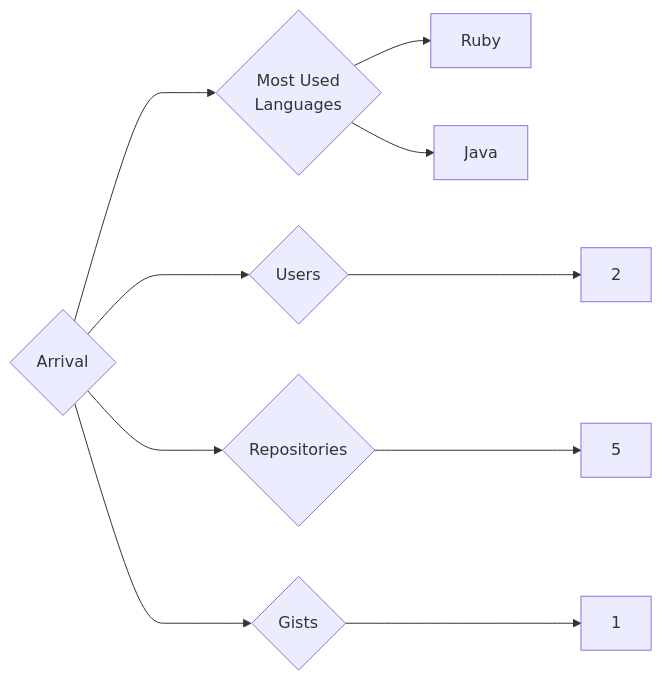
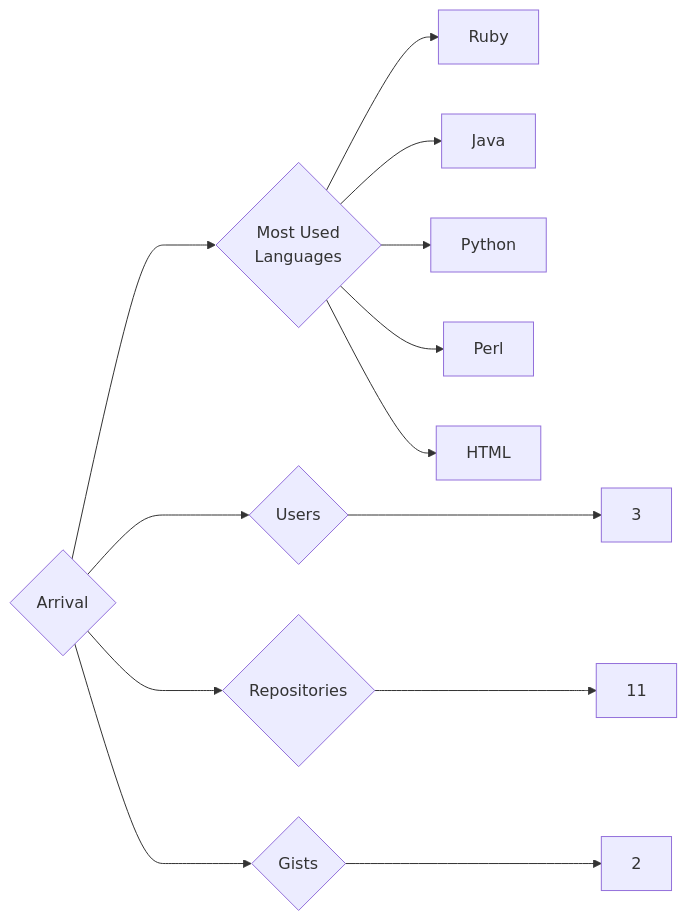
Before and after one commit to trickest/insiders: the diagram in targets/Arrival/README.md, drawn with Mermaid. The commit also changed 715 other files, not shown here.

````diff
--- a/targets/Arrival/README.md
+++ b/targets/Arrival/README.md
@@ -3,10 +3,13 @@
 ```mermaid
 graph LR
 COMPANY_NAME{Arrival}
-COMPANY_NAME ---> U{Users} ---> UN[2]
-COMPANY_NAME ---> R{Repositories} ---> RN[5]
-COMPANY_NAME ---> G{Gists} ---> GN[1]
+COMPANY_NAME ---> U{Users} ---> UN[3]
+COMPANY_NAME ---> R{Repositories} ---> RN[11]
+COMPANY_NAME ---> G{Gists} ---> GN[2]
 COMPANY_NAME ---> ML{Most Used<br>Languages}
 ML --> Ruby[Ruby]
 ML --> Java[Java]
+ML --> Python[Python]
+ML --> Perl[Perl]
+ML --> HTML[HTML]
 ```
````
